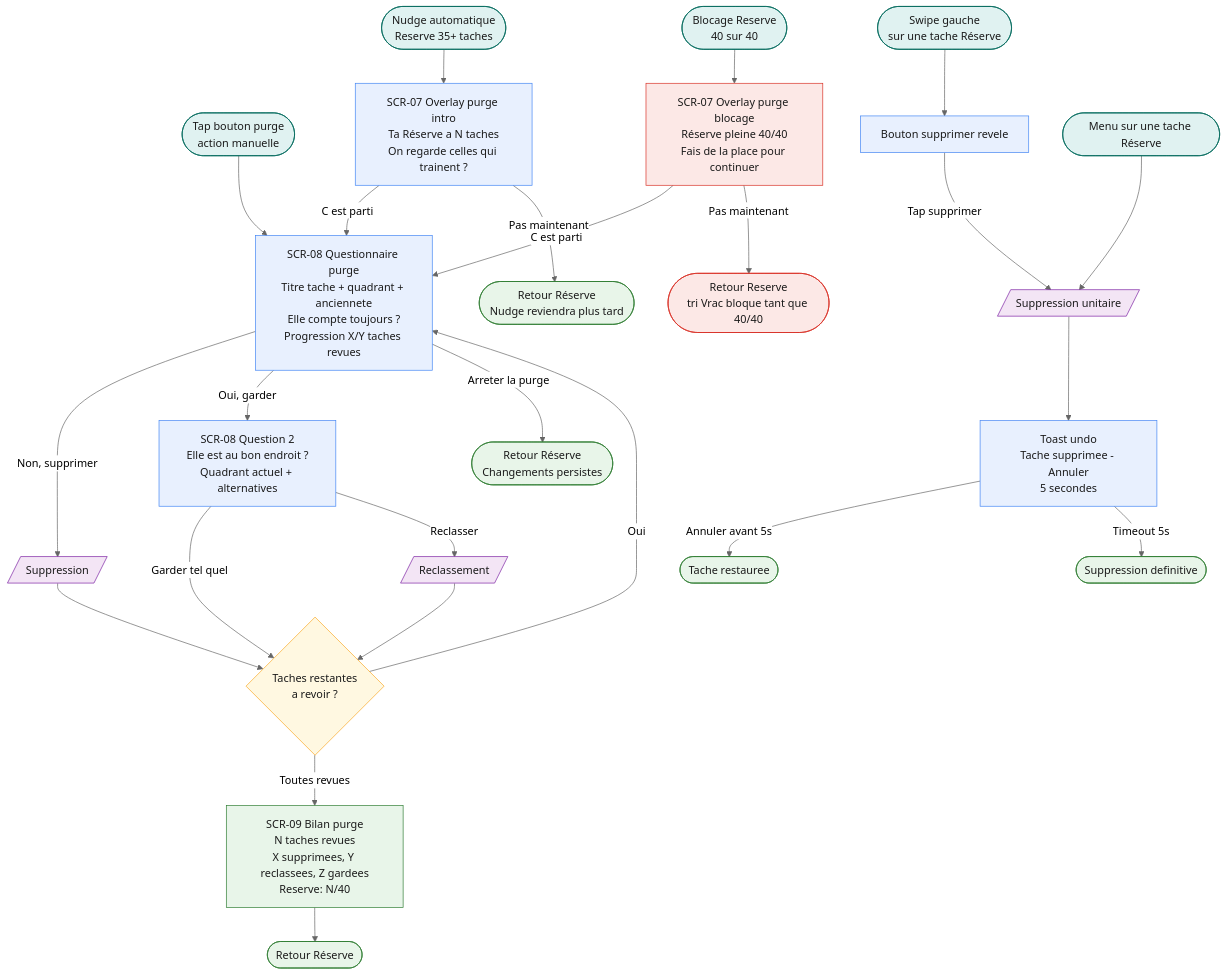
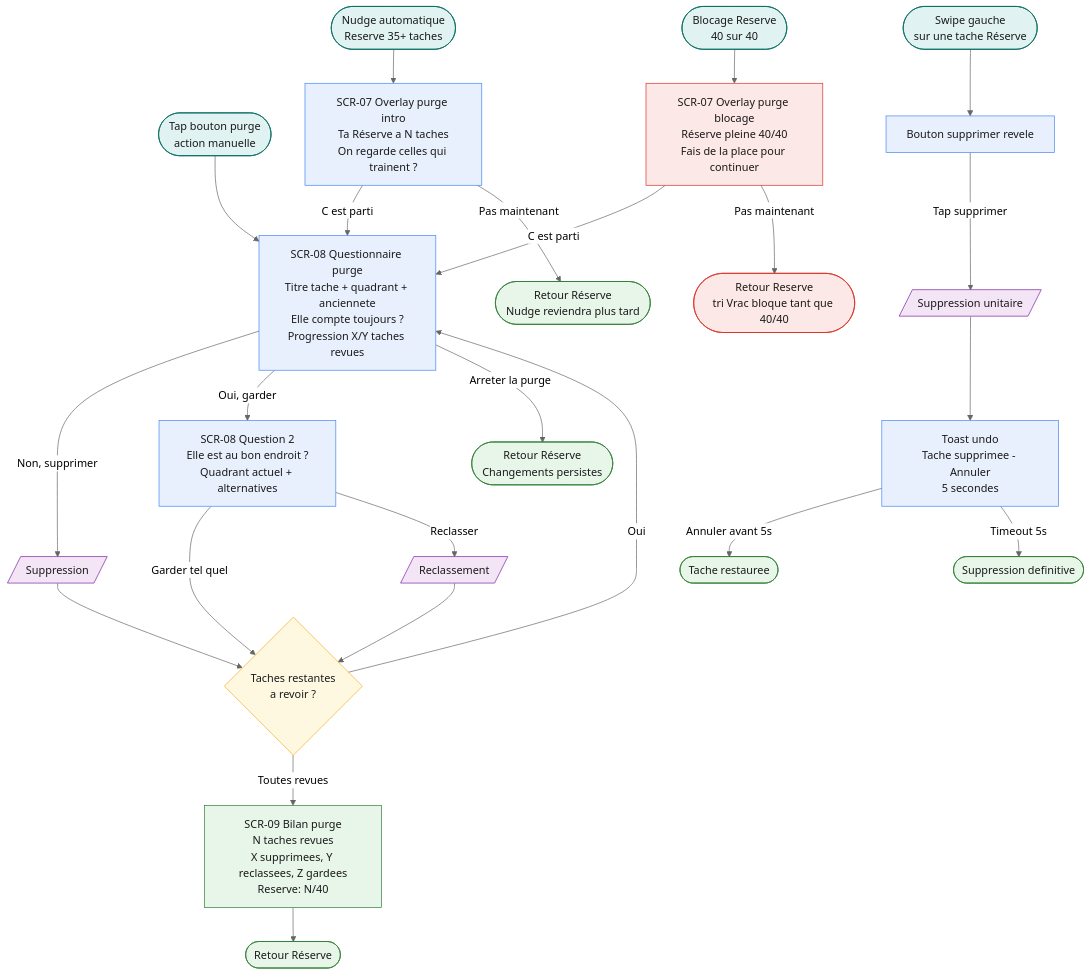
One commit to GB-LD/izh changed the sixth of 8 diagrams in docs/ux/03-architecture-information-flows.md. Above: the diagram before and after it, drawn with Mermaid (neutral theme). The commit also changed other lines of this file and 24 other files, not shown here.

````diff
--- a/docs/ux/03-architecture-information-flows.md
+++ b/docs/ux/03-architecture-information-flows.md
@@ -971,60 +973,58 @@
 ```mermaid
 flowchart TD
     %% Declencheurs
     TRIG_NUDGE(["Nudge automatique\nReserve 35+ taches"]):::trigger
     TRIG_BLOCK(["Blocage Reserve\n40 sur 40"]):::trigger
     TRIG_MANUAL(["Tap bouton purge\naction manuelle"]):::trigger
 
     TRIG_NUDGE --> SCR07
     TRIG_BLOCK --> SCR07_BLOCK
     TRIG_MANUAL --> SCR08
 
     %% Intro nudge
     SCR07["SCR-07 Overlay purge intro\nTa Réserve a N taches\nOn regarde celles qui trainent ?"]:::screen
     SCR07 -->|"C est parti"| SCR08
     SCR07 -->|"Pas maintenant"| DISMISS(["Retour Réserve\nNudge reviendra plus tard"]):::success
 
     %% Intro blocage
     SCR07_BLOCK["SCR-07 Overlay purge blocage\nRéserve pleine 40/40\nFais de la place pour continuer"]:::error
     SCR07_BLOCK -->|"C est parti"| SCR08
     SCR07_BLOCK -->|"Pas maintenant"| DISMISS_BLOCK(["Retour Reserve\ntri Vrac bloque tant que 40/40"]):::error
 
     %% Questionnaire tache par tache
     SCR08["SCR-08 Questionnaire purge\nTitre tache + quadrant + anciennete\nElle compte toujours ?\nProgression X/Y taches revues"]:::screen
     SCR08 -->|"Non, supprimer"| DELETE[/"Suppression"/]:::loading
     SCR08 -->|"Oui, garder"| Q2_PURGE
     SCR08 -->|"Arreter la purge"| EARLY_EXIT(["Retour Réserve\nChangements persistes"]):::success
 
     Q2_PURGE["SCR-08 Question 2\nElle est au bon endroit ?\nQuadrant actuel + alternatives"]:::screen
     Q2_PURGE -->|"Garder tel quel"| DEC_MORE
     Q2_PURGE -->|"Reclasser"| RECLASS[/"Reclassement"/]:::loading
 
     DELETE --> DEC_MORE
     RECLASS --> DEC_MORE
 
     DEC_MORE{"Taches restantes\na revoir ?"}:::decision
     DEC_MORE -->|"Oui"| SCR08
     DEC_MORE -->|"Toutes revues"| SCR09
 
     %% Bilan
     SCR09["SCR-09 Bilan purge\nN taches revues\nX supprimees, Y reclassees, Z gardees\nReserve: N/40"]:::success
     SCR09 --> BACK_RESERVE(["Retour Réserve"]):::success
 
     %% Purge unitaire hors overlay
     TRIG_UNIT(["Swipe gauche\nsur une tache Réserve"]):::trigger
     TRIG_UNIT --> REVEAL_DELETE["Bouton supprimer revele"]:::screen
     REVEAL_DELETE -->|"Tap supprimer"| UNIT_DELETE[/"Suppression unitaire"/]:::loading
-    MENU_UNIT(["Menu sur une tache Réserve"]):::trigger
-    MENU_UNIT --> UNIT_DELETE
     UNIT_DELETE --> TOAST["Toast undo\nTache supprimee - Annuler\n5 secondes"]:::screen
     TOAST -->|"Annuler avant 5s"| UNDO(["Tache restauree"]):::success
     TOAST -->|"Timeout 5s"| GONE(["Suppression definitive"]):::success
 
     classDef screen   fill:#e8f0fe,stroke:#4285f4,color:#1a1a1a
     classDef decision fill:#fff8e1,stroke:#f9a825,color:#1a1a1a
     classDef error    fill:#fce8e6,stroke:#d93025,color:#1a1a1a
     classDef success  fill:#e8f5e9,stroke:#2e7d32,color:#1a1a1a
     classDef loading  fill:#f3e5f5,stroke:#7b1fa2,color:#1a1a1a
     classDef empty    fill:#f5f5f5,stroke:#9e9e9e,color:#1a1a1a
     classDef trigger  fill:#e0f2f1,stroke:#00695c,color:#1a1a1a
 ```
````
